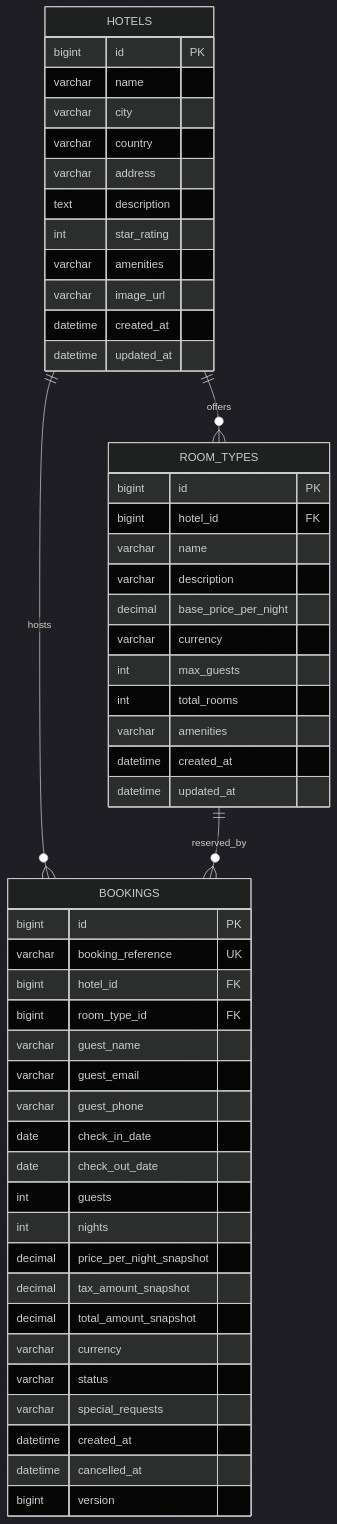
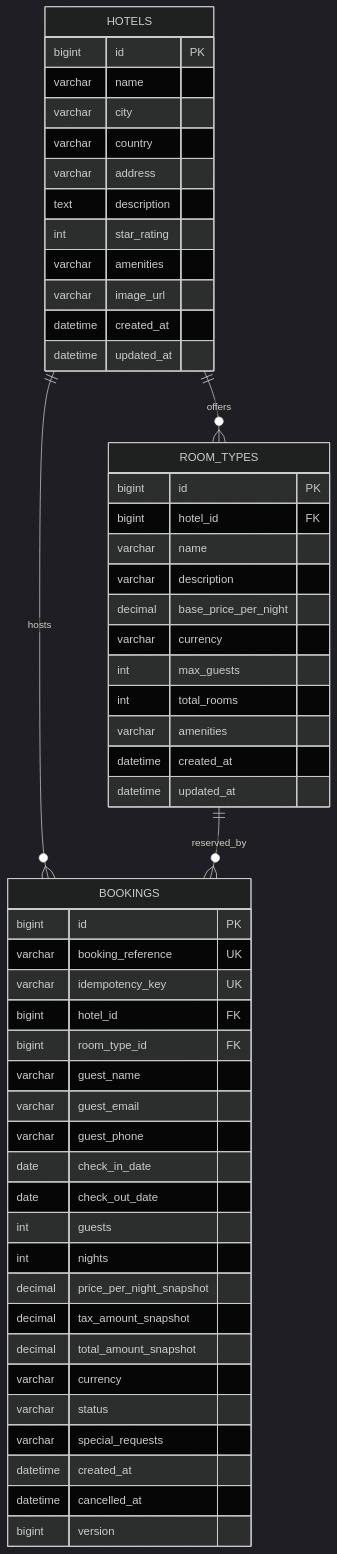
The diagram in DESIGN.md (atul-pr/Project-ThomasCook), drawn with Mermaid (dark theme) before and after one commit. The commit also changed other lines of this file and 74 other files, not shown here.

````diff
--- a/DESIGN.md
+++ b/DESIGN.md
@@ -21,57 +29,58 @@
 ```mermaid
 erDiagram
     HOTELS ||--o{ ROOM_TYPES : "offers"
     HOTELS ||--o{ BOOKINGS : "hosts"
     ROOM_TYPES ||--o{ BOOKINGS : "reserved_by"
 
     HOTELS {
         bigint id PK
         varchar name
         varchar city
         varchar country
         varchar address
         text description
         int star_rating
         varchar amenities
         varchar image_url
         datetime created_at
         datetime updated_at
     }
 
     ROOM_TYPES {
         bigint id PK
         bigint hotel_id FK
         varchar name
         varchar description
         decimal base_price_per_night
         varchar currency
         int max_guests
         int total_rooms
         varchar amenities
         datetime created_at
         datetime updated_at
     }
 
     BOOKINGS {
         bigint id PK
         varchar booking_reference UK
+        varchar idempotency_key UK
         bigint hotel_id FK
         bigint room_type_id FK
         varchar guest_name
         varchar guest_email
         varchar guest_phone
         date check_in_date
         date check_out_date
         int guests
         int nights
         decimal price_per_night_snapshot
         decimal tax_amount_snapshot
         decimal total_amount_snapshot
         varchar currency
         varchar status
         varchar special_requests
         datetime created_at
         datetime cancelled_at
         bigint version
     }
 ```
````
